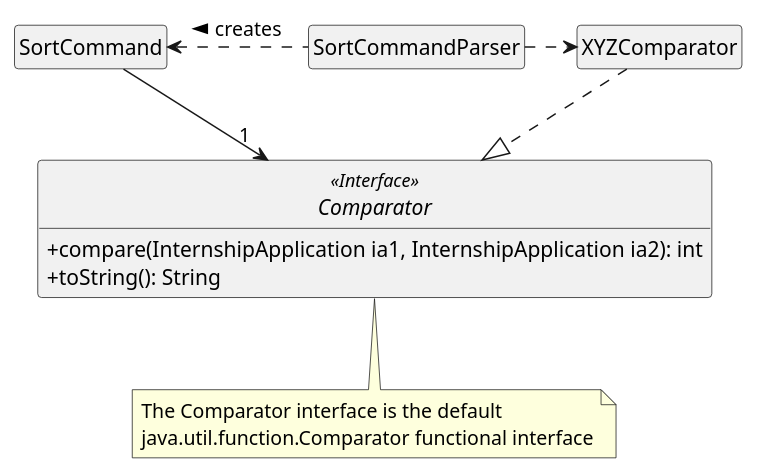
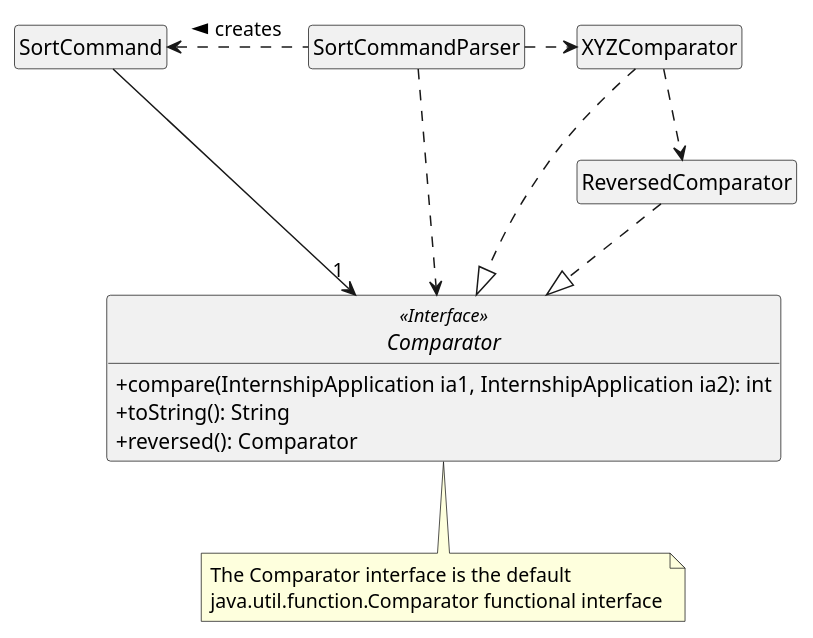
Before and after one commit to wxwxwxwx9/main: the diagram in docs/diagrams/ComparatorClassDiagram.puml, drawn with PlantUML. The commit also changed 3 other files, not shown here.

```diff
--- a/docs/diagrams/ComparatorClassDiagram.puml
+++ b/docs/diagrams/ComparatorClassDiagram.puml
@@ -1,37 +1,44 @@
 @startuml
 
 hide circle
 hide empty members
 skinparam classAttributeIconSize 0
 
 Class SortCommand {
 }
 
 Class SortCommandParser {
 }
 
 Interface Comparator <<Interface>> {
     + compare(InternshipApplication ia1, InternshipApplication ia2): int
     + toString(): String
+    + reversed(): Comparator
 }
 
 Class XYZComparator {
+}
+
+Class ReversedComparator {
 }
 
 note as N1
   The Comparator interface is the default
   java.util.function.Comparator functional interface
 end note
 
 Comparator .. N1
 
 SortCommandParser .left.> SortCommand : creates >
+SortCommandParser .right.> XYZComparator
+SortCommandParser ..> Comparator
+
+SortCommand --> "1" Comparator
 
 XYZComparator .down.|> Comparator
+XYZComparator ..> ReversedComparator
 
-SortCommand --> "1" Comparator
-SortCommandParser .right.> XYZComparator
-
+ReversedComparator ..|> Comparator
 
 
 @enduml
```
